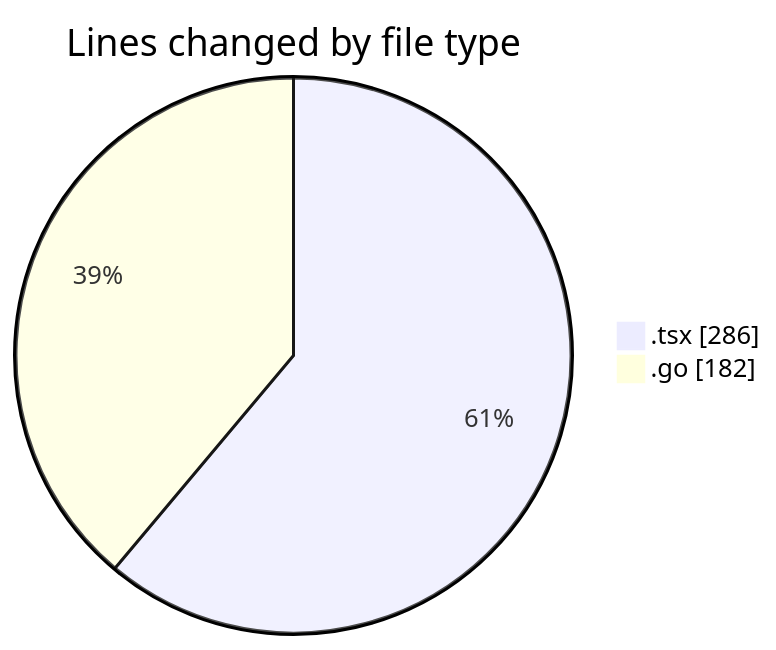
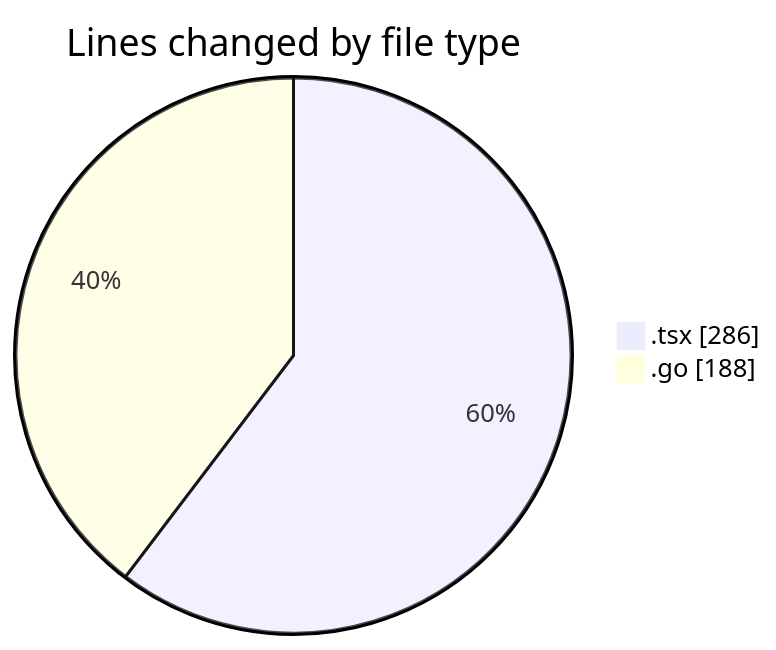
Before and after one commit to robertbonfada/code-tracking: the first of 2 diagrams in 2025-03-04/termonied_testador/README.md, drawn with Mermaid. The commit also changed other lines of this file and 1 other file, not shown here.

````diff
--- a/2025-03-04/termonied_testador/README.md
+++ b/2025-03-04/termonied_testador/README.md
@@ -23,6 +23,6 @@
 ```mermaid
 pie showData
 title Lines changed by file type
 ".tsx" : 286
-".go" : 182
+".go" : 188
 ```
````
